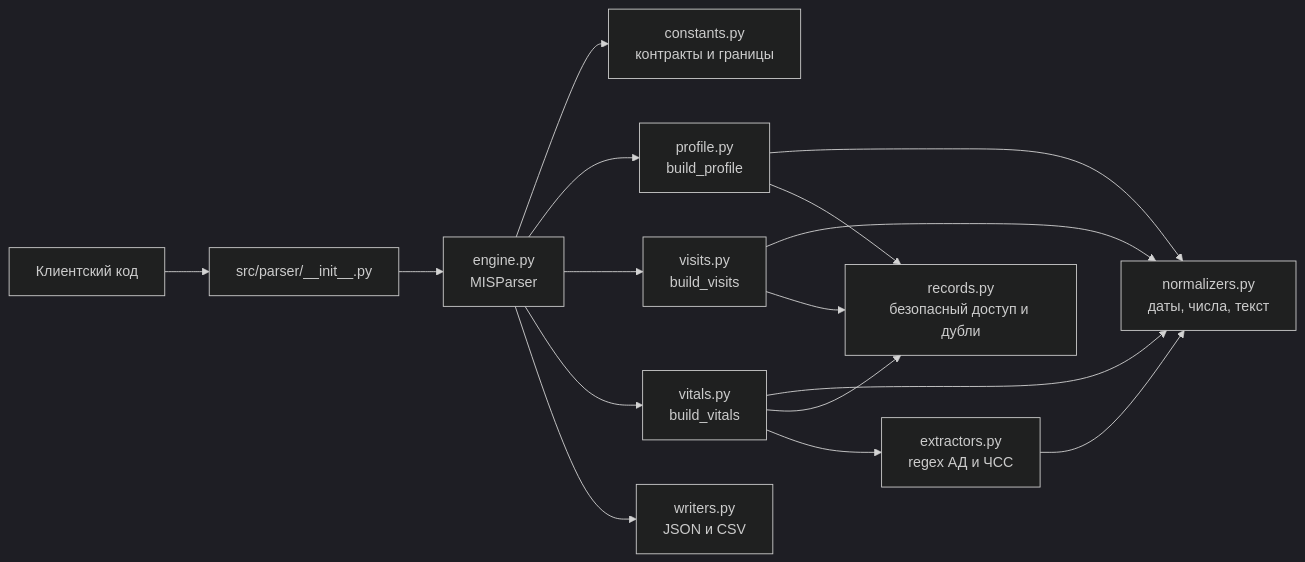
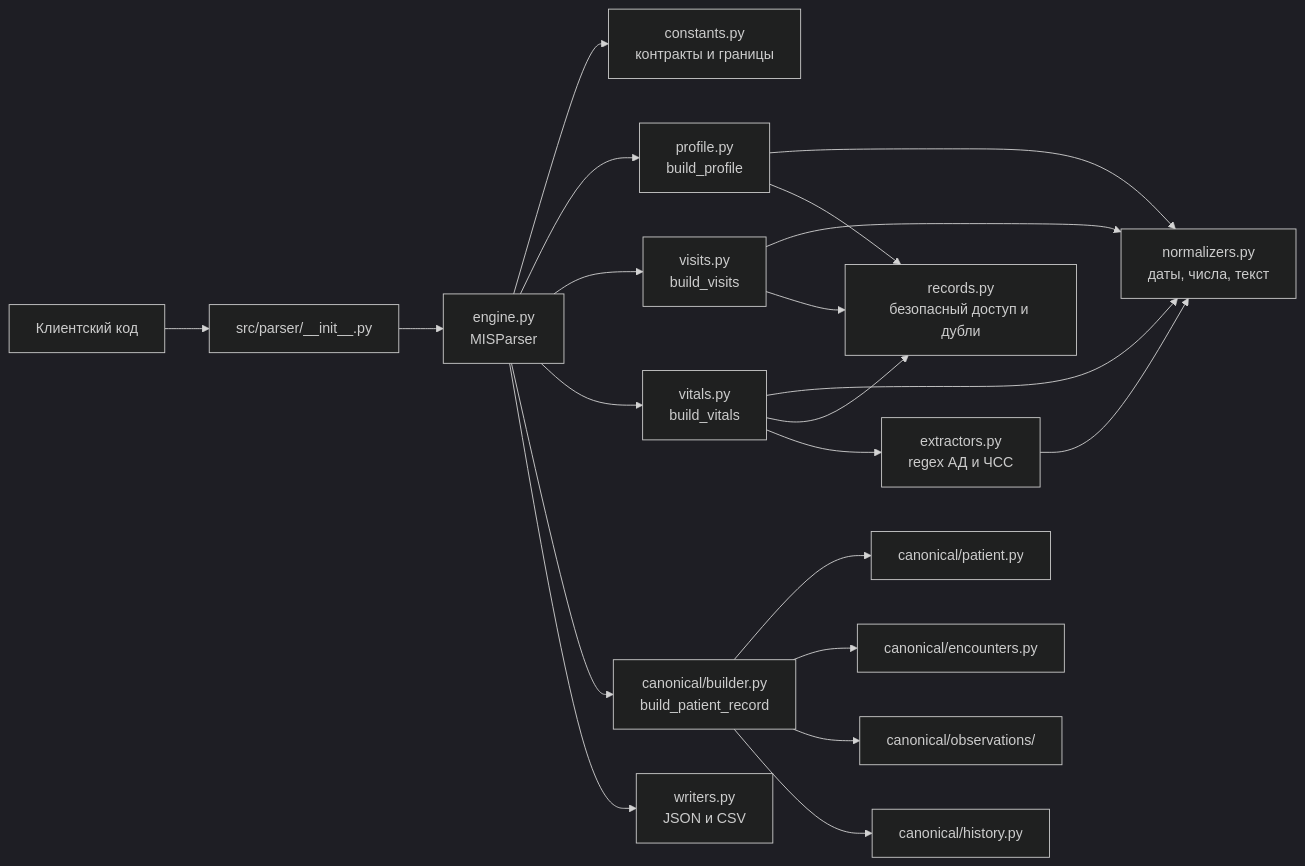
Before and after one commit to rsul07/MISDash: the first of 4 diagrams in docs/parser.md, drawn with Mermaid (dark theme). The commit also changed other lines of this file and 7 other files, not shown here.

Commit message:
feat: emit canonical patient record

````diff
--- a/docs/parser.md
+++ b/docs/parser.md
@@ -29,22 +32,28 @@
 ```mermaid
 flowchart LR
     User[Клиентский код] --> Init[src/parser/__init__.py]
     Init --> Engine[engine.py<br/>MISParser]
 
     Engine --> Constants[constants.py<br/>контракты и границы]
     Engine --> Profile[profile.py<br/>build_profile]
     Engine --> Visits[visits.py<br/>build_visits]
     Engine --> Vitals[vitals.py<br/>build_vitals]
+    Engine --> Builder[canonical/builder.py<br/>build_patient_record]
     Engine --> Writers[writers.py<br/>JSON и CSV]
+
+    Builder --> Patient[canonical/patient.py]
+    Builder --> Encounters[canonical/encounters.py]
+    Builder --> Observations[canonical/observations/]
+    Builder --> History[canonical/history.py]
 
     Profile --> Normalizers[normalizers.py<br/>даты, числа, текст]
     Profile --> Records[records.py<br/>безопасный доступ и дубли]
 
     Visits --> Normalizers
     Visits --> Records
 
     Vitals --> Normalizers
     Vitals --> Records
     Vitals --> Extractors[extractors.py<br/>regex АД и ЧСС]
     Extractors --> Normalizers
 ```
````
